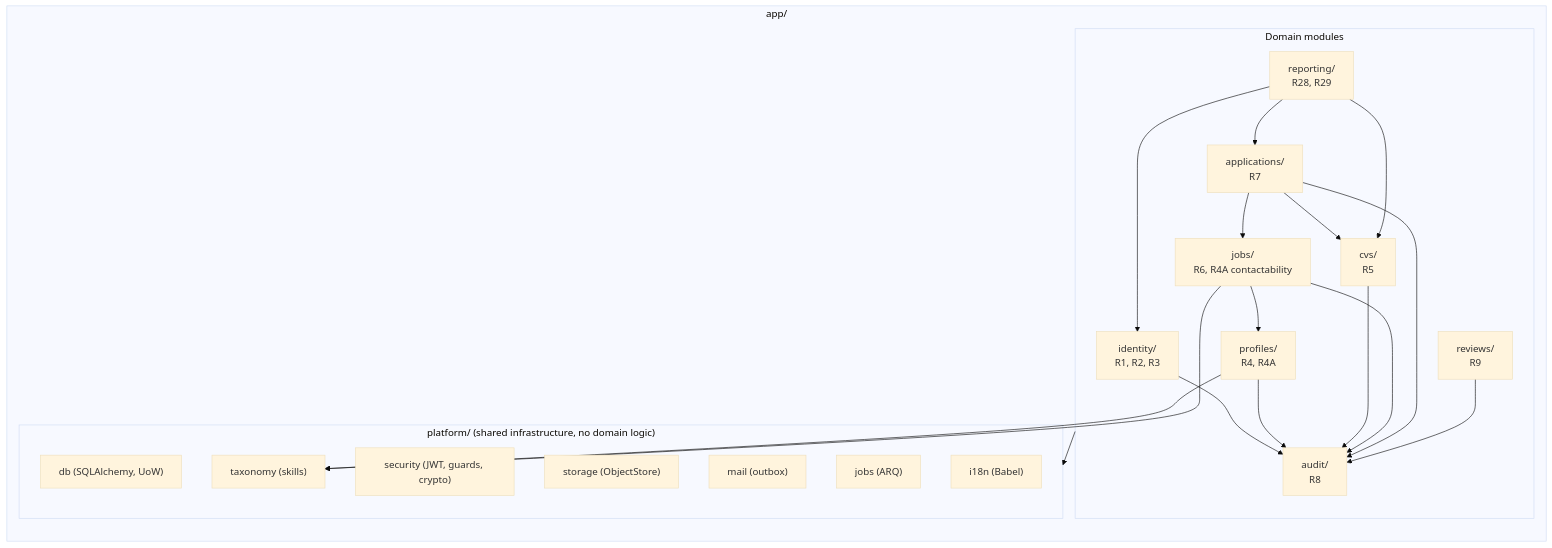
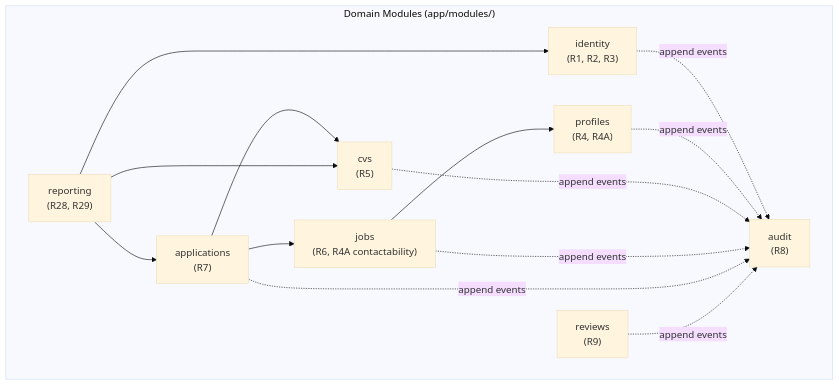
The third of 11 diagrams in .kiro/specs/hasoublab-recruitment-platform/design.md (AminMasharqa/hasoublabs-recruitment-platform), drawn with Mermaid (base theme) before and after one commit. The commit also changed other lines of this file, not shown here.

````diff
--- a/.kiro/specs/hasoublab-recruitment-platform/design.md
+++ b/.kiro/specs/hasoublab-recruitment-platform/design.md
@@ -122,41 +149,26 @@
 ```mermaid
-graph LR
-    subgraph app["app/"]
-        direction TB
-        subgraph modules["Domain modules"]
-            IDENT["identity/<br/>R1, R2, R3"]
-            PROF["profiles/<br/>R4, R4A"]
-            CVS["cvs/<br/>R5"]
-            JOBS["jobs/<br/>R6, R4A contactability"]
-            APPS["applications/<br/>R7"]
-            REV["reviews/<br/>R9"]
-            AUD["audit/<br/>R8"]
-            REP["reporting/<br/>R28, R29"]
-        end
-        subgraph platform["platform/ (shared infrastructure, no domain logic)"]
-            DB["db (SQLAlchemy, UoW)"]
-            SEC["security (JWT, guards, crypto)"]
-            STORE["storage (ObjectStore)"]
-            MAIL["mail (outbox)"]
-            JOBQ["jobs (ARQ)"]
-            I18N["i18n (Babel)"]
-            TAX["taxonomy (skills)"]
-        end
+flowchart TD
+    subgraph Domain["Domain Modules (app/modules/)"]
+        IDENT["identity<br/>(R1, R2, R3)"]
+        PROF["profiles<br/>(R4, R4A)"]
+        CVS["cvs<br/>(R5)"]
+        JOBS["jobs<br/>(R6, R4A contactability)"]
+        APPS["applications<br/>(R7)"]
+        REV["reviews<br/>(R9)"]
+        AUD["audit<br/>(R8)"]
+        REP["reporting<br/>(R28, R29)"]
     end
 
-    IDENT --> AUD
-    PROF --> AUD
-    CVS --> AUD
-    JOBS --> AUD
-    APPS --> AUD
-    REV --> AUD
-    PROF --> TAX
-    JOBS --> TAX
+    %% Core business relations
     APPS --> CVS
     APPS --> JOBS
     JOBS --> PROF
+
+    %% Reporting reads from multiple domains
     REP --> IDENT
     REP --> APPS
     REP --> CVS
-    modules --> platform
+
+    %% Audit streaming (collapsed for cleaner layout)
+    IDENT & PROF & CVS & JOBS & APPS & REV -.->|"append events"| AUD
 ```
````
